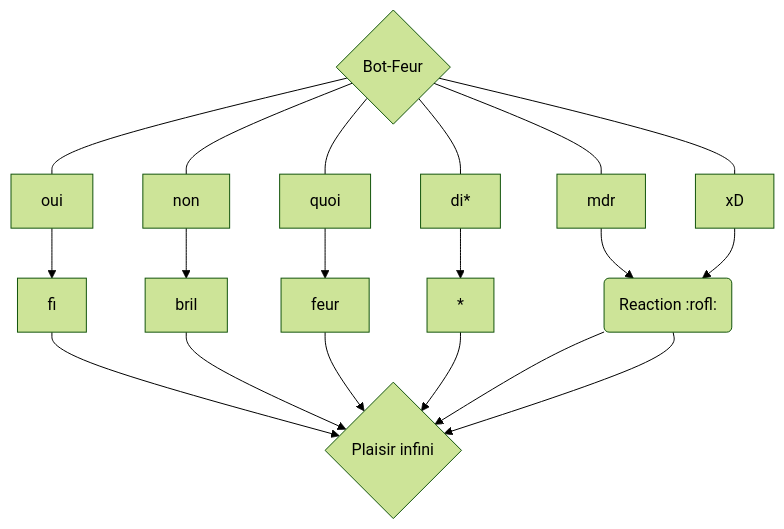
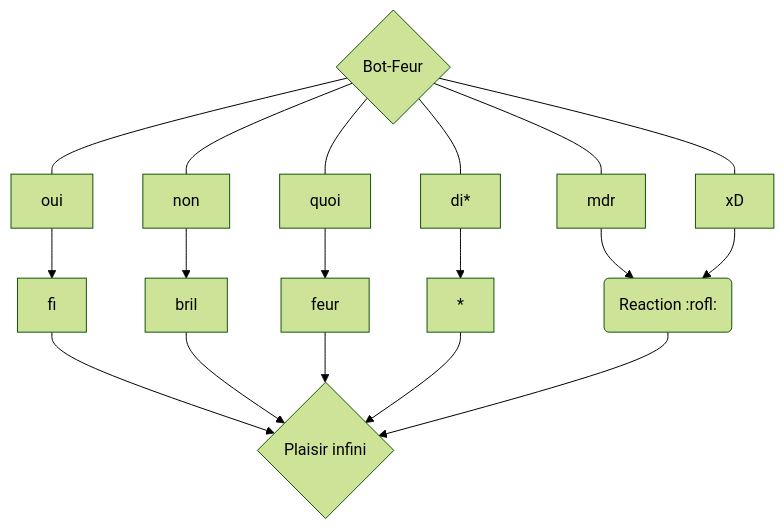
One commit to F9mc/Bot-Feur changed the diagram in README.md. Above: the diagram before and after it, drawn with Mermaid (forest theme).

````diff
--- a/README.md
+++ b/README.md
@@ -19,9 +19,11 @@
 ```mermaid
     graph TB
     D{Bot-Feur}---a[oui]-->fi-->c{Plaisir infini}
     D{Bot-Feur}---non-->bril-->c{Plaisir infini}
     D{Bot-Feur}---quoi-->feur-->c{Plaisir infini}
     D{Bot-Feur}---di*-->*-->c{Plaisir infini}
-    D{Bot-Feur}---mdr-->b(Reaction :rofl:)-->c{Plaisir infini}
-    D{Bot-Feur}---e[xD]-->b(Reaction :rofl:)-->c{Plaisir infini}
+    D{Bot-Feur}---mdr-->b(Reaction :rofl:)
+    D{Bot-Feur}---e[xD]-->b(Reaction :rofl:)
+    b(Reaction :rofl:)-->c{Plaisir infini}
+    
 ```
````
